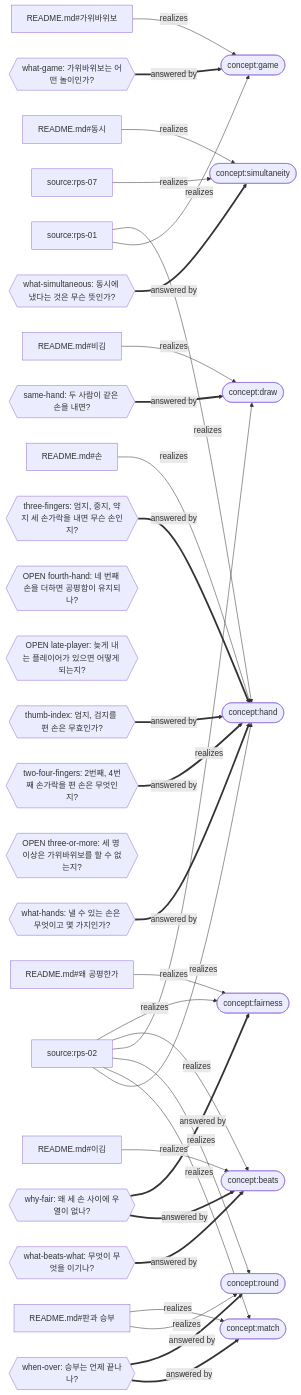
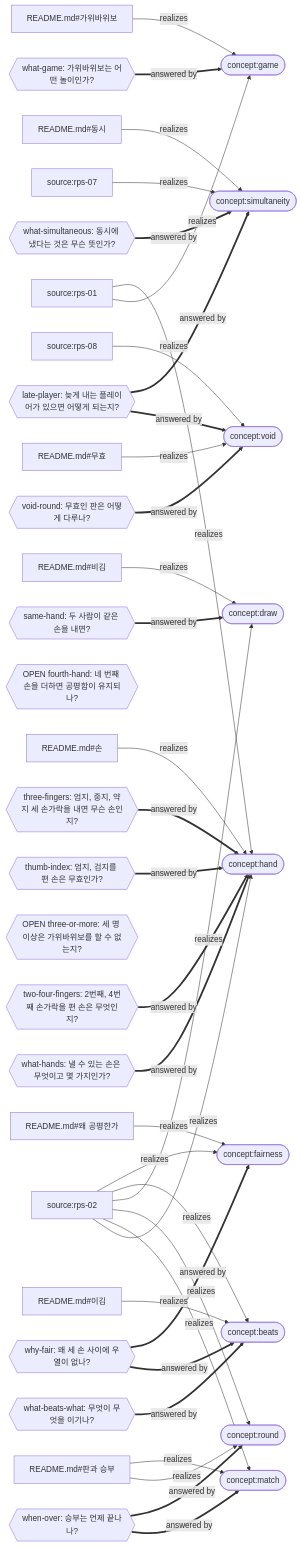
Before and after one commit to guineeeeeeeeeeeeeeeeeeeeeeeerm/mangsang-playground: the diagram in rock-paper-scissors/MODEL.md, drawn with Mermaid. The commit also changed other lines of this file and 8 other files, not shown here.

Commit message:
rock-paper-scissors: a void round, in the owner's words; the late player is answered

````diff
--- a/rock-paper-scissors/MODEL.md
+++ b/rock-paper-scissors/MODEL.md
@@ -5,63 +5,72 @@
 ```mermaid
 flowchart LR
   n409300dd["README.md#35;가위바위보"]
   n1715cbdf["README.md#35;동시"]
+  n5967b240["README.md#35;무효"]
   n903f5380["README.md#35;비김"]
   n20272887["README.md#35;손"]
   n03a8a3a0["README.md#35;왜 공평한가"]
   nd86c68d9["README.md#35;이김"]
   n84fab4bc["README.md#35;판과 승부"]
   n795ca2b2(["concept:beats"])
   n5e204df2(["concept:draw"])
   n9acb601e(["concept:fairness"])
   n98006228(["concept:game"])
   n90ecb089(["concept:hand"])
   n2758c11c(["concept:match"])
   n75345a2f(["concept:round"])
   n692181ff(["concept:simultaneity"])
+  ne737dac4(["concept:void"])
   n0dbdf882["source:rps-01"]
   n15e301fa["source:rps-02"]
   n57568aa8["source:rps-07"]
+  nc02e2235["source:rps-08"]
   n903f5380 -->|"realizes"| n5e204df2
   n84fab4bc -->|"realizes"| n2758c11c
   n15e301fa -->|"realizes"| n9acb601e
   n0dbdf882 -->|"realizes"| n90ecb089
   n0dbdf882 -->|"realizes"| n98006228
   n03a8a3a0 -->|"realizes"| n9acb601e
   n409300dd -->|"realizes"| n98006228
   n20272887 -->|"realizes"| n90ecb089
   n15e301fa -->|"realizes"| n795ca2b2
   n15e301fa -->|"realizes"| n5e204df2
   n84fab4bc -->|"realizes"| n75345a2f
   n15e301fa -->|"realizes"| n75345a2f
   n15e301fa -->|"realizes"| n2758c11c
+  nc02e2235 -->|"realizes"| ne737dac4
   n15e301fa -->|"realizes"| n90ecb089
   nd86c68d9 -->|"realizes"| n795ca2b2
+  n5967b240 -->|"realizes"| ne737dac4
   n1715cbdf -->|"realizes"| n692181ff
   n57568aa8 -->|"realizes"| n692181ff
   n5cc0e005{{"OPEN fourth-hand: 네 번째 손을 더하면 공평함이 유지되나?"}}
-  nd7f35967{{"OPEN late-player: 늦게 내는 플레이어가 있으면 어떻게 되는지?"}}
+  nd7f35967{{"late-player: 늦게 내는 플레이어가 있으면 어떻게 되는지?"}}
+  nd7f35967 ==>|"answered by"| n692181ff
+  nd7f35967 ==>|"answered by"| ne737dac4
   nc2627583{{"same-hand: 두 사람이 같은 손을 내면?"}}
   nc2627583 ==>|"answered by"| n5e204df2
   n9db3d9cf{{"three-fingers: 엄지, 중지, 약지 세 손가락을 내면 무슨 손인지?"}}
   n9db3d9cf ==>|"answered by"| n90ecb089
   n0caecec2{{"OPEN three-or-more: 세 명 이상은 가위바위보를 할 수 없는지?"}}
   n47d245c6{{"thumb-index: 엄지, 검지를 편 손은 무효인가?"}}
   n47d245c6 ==>|"answered by"| n90ecb089
   n36ace197{{"two-four-fingers: 2번째, 4번째 손가락을 편 손은 무엇인지?"}}
   n36ace197 ==>|"answered by"| n90ecb089
+  n8462af07{{"void-round: 무효인 판은 어떻게 다루나?"}}
+  n8462af07 ==>|"answered by"| ne737dac4
   na08501d4{{"what-beats-what: 무엇이 무엇을 이기나?"}}
   na08501d4 ==>|"answered by"| n795ca2b2
   n72ff044d{{"what-game: 가위바위보는 어떤 놀이인가?"}}
   n72ff044d ==>|"answered by"| n98006228
   na02614e2{{"what-hands: 낼 수 있는 손은 무엇이고 몇 가지인가?"}}
   na02614e2 ==>|"answered by"| n90ecb089
   nf32fea97{{"what-simultaneous: 동시에 냈다는 것은 무슨 뜻인가?"}}
   nf32fea97 ==>|"answered by"| n692181ff
   n591e7cd9{{"when-over: 승부는 언제 끝나나?"}}
   n591e7cd9 ==>|"answered by"| n75345a2f
   n591e7cd9 ==>|"answered by"| n2758c11c
   n321d87c5{{"why-fair: 왜 세 손 사이에 우열이 없나?"}}
   n321d87c5 ==>|"answered by"| n9acb601e
   n321d87c5 ==>|"answered by"| n795ca2b2
 ```
````
